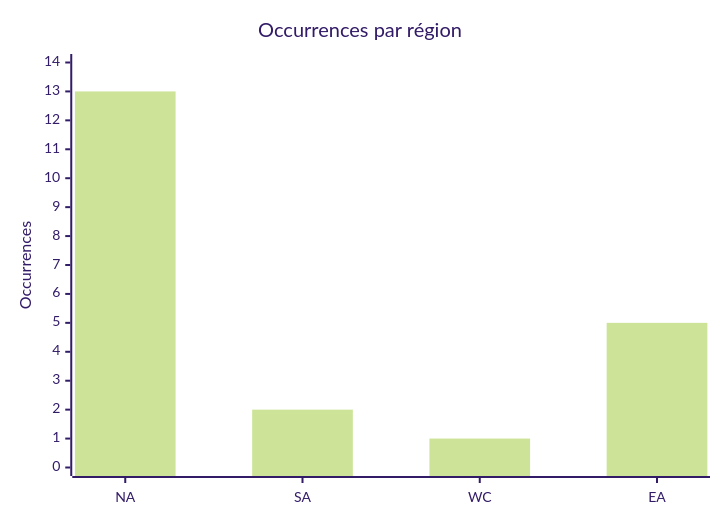
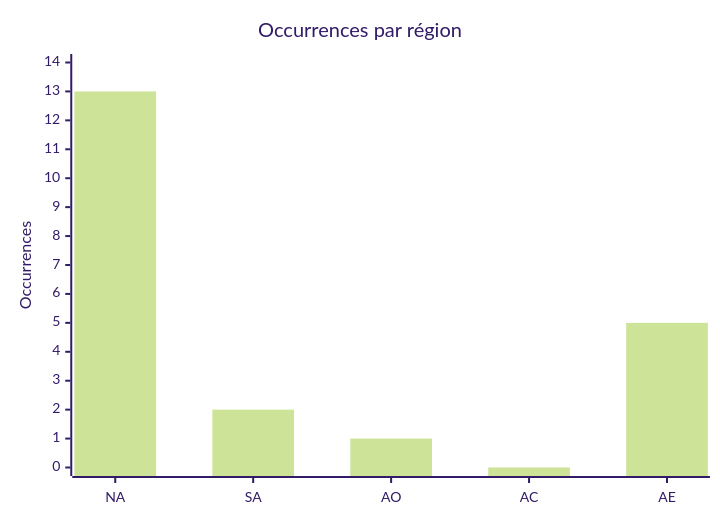
One commit to Hatchepsoute/AFRINTEL changed the fourth of 6 diagrams in CyberAttackAfrica/2025/07-july/README_FR.md. Above: the diagram before and after it, drawn with Mermaid (forest theme). The commit also changed other lines of this file and 109 other files, not shown here.

````diff
--- a/CyberAttackAfrica/2025/07-july/README_FR.md
+++ b/CyberAttackAfrica/2025/07-july/README_FR.md
@@ -160,7 +161,7 @@
 ```mermaid
 xychart
     title "Occurrences par région"
-    x-axis ["NA","SA","WC","EA"]
+    x-axis ["NA","SA","AO","AC","AE"]
     y-axis "Occurrences" 0 --> 14
-    bar [13,2,1,5]
+    bar [13,2,1,0,5]
 ```
````
